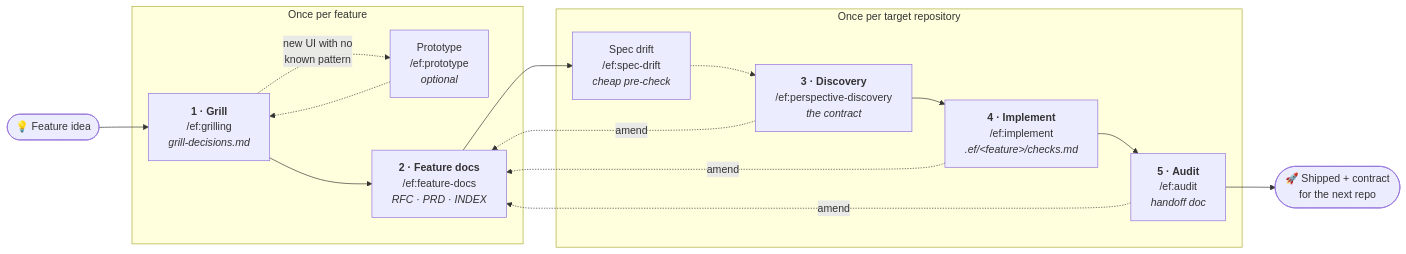
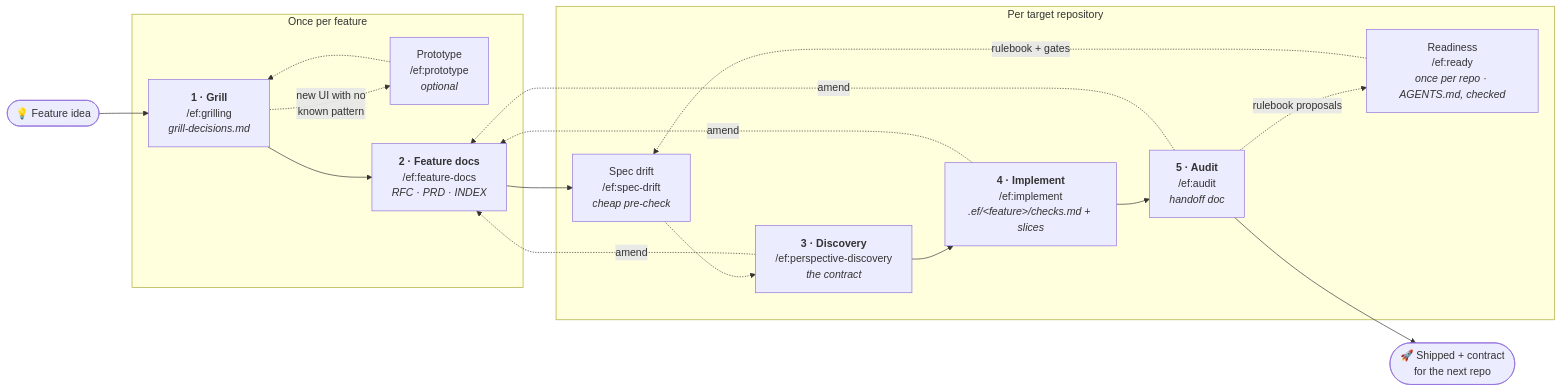
Before and after one commit to micaelcf/ef-harness: the first of 5 diagrams in README.md, drawn with Mermaid. The commit also changed other lines of this file and 1 other file, not shown here.

Commit message:
:memo: docs: document readiness and checklists split by reader

````diff
--- a/README.md
+++ b/README.md
@@ -89,26 +105,29 @@
 ```mermaid
 flowchart LR
     idea(["💡 Feature idea"]) --> S1
 
     subgraph product ["Once per feature"]
         S1["<b>1 · Grill</b><br/>/ef:grilling<br/><i>grill-decisions.md</i>"]
         P["Prototype<br/>/ef:prototype<br/><i>optional</i>"]
         S2["<b>2 · Feature docs</b><br/>/ef:feature-docs<br/><i>RFC · PRD · INDEX</i>"]
         S1 -. "new UI with no<br/>known pattern" .-> P -.-> S1
         S1 --> S2
     end
 
-    subgraph repo ["Once per target repository"]
+    subgraph repo ["Per target repository"]
+        R["Readiness<br/>/ef:ready<br/><i>once per repo · AGENTS.md, checked</i>"]
         D["Spec drift<br/>/ef:spec-drift<br/><i>cheap pre-check</i>"]
         S3["<b>3 · Discovery</b><br/>/ef:perspective-discovery<br/><i>the contract</i>"]
-        S4["<b>4 · Implement</b><br/>/ef:implement<br/><i>.ef/&lt;feature&gt;/checks.md</i>"]
+        S4["<b>4 · Implement</b><br/>/ef:implement<br/><i>.ef/&lt;feature&gt;/checks.md + slices</i>"]
         S5["<b>5 · Audit</b><br/>/ef:audit<br/><i>handoff doc</i>"]
+        R -. "rulebook + gates" .-> D
         D -.-> S3 --> S4 --> S5
     end
 
     S2 --> D
     S3 -. amend .-> S2
     S4 -. amend .-> S2
     S5 -. amend .-> S2
+    S5 -. "rulebook proposals" .-> R
     S5 --> ship(["🚀 Shipped + contract<br/>for the next repo"])
 ```
````
